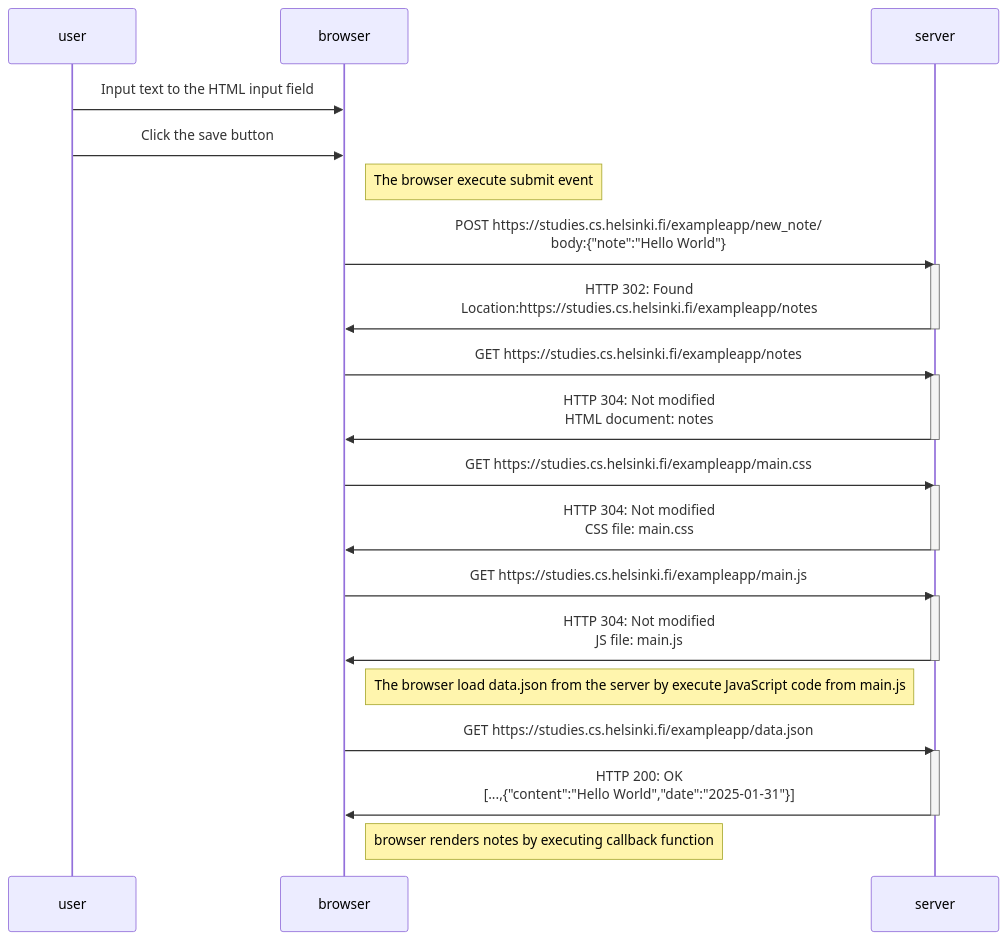
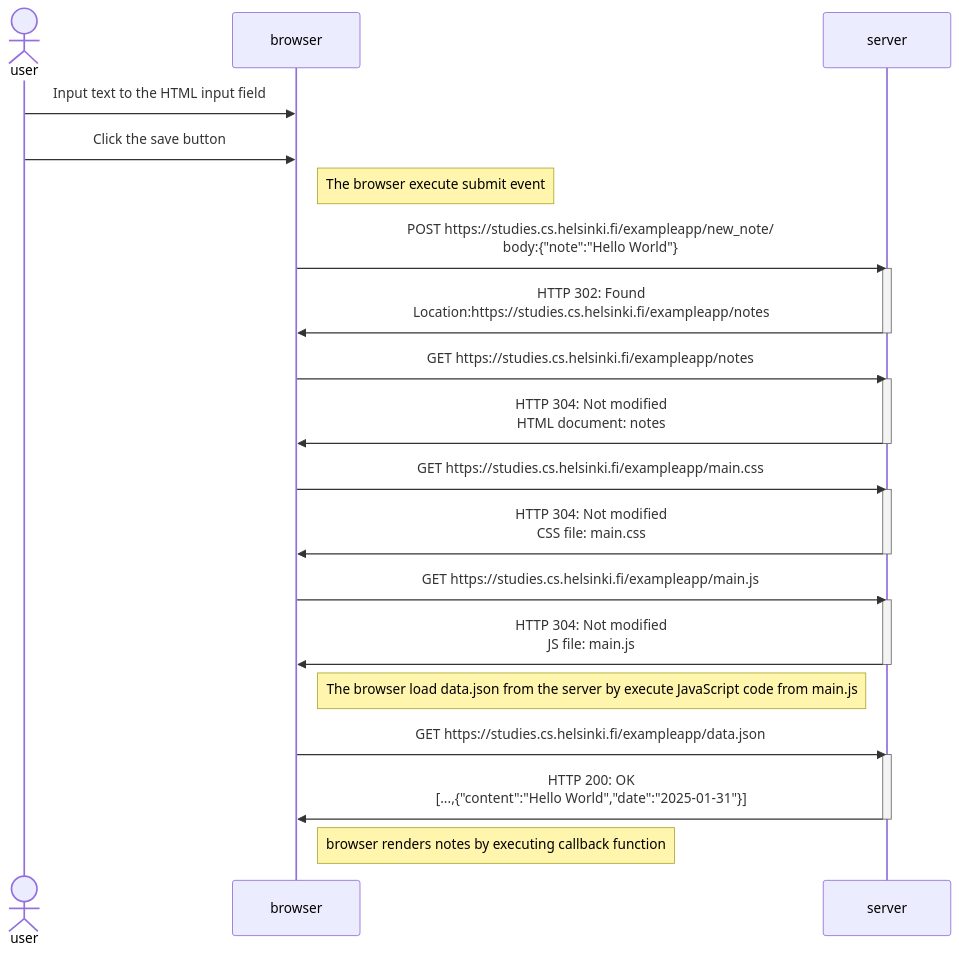
One commit to jkaart/FullStackOpen changed the first of 3 diagrams in sequenceDiagram.md. Above: the diagram before and after it, drawn with Mermaid. The commit also changed other lines of this file, not shown here.

````diff
--- a/sequenceDiagram.md
+++ b/sequenceDiagram.md
@@ -5,41 +5,41 @@
 ```mermaid
 sequenceDiagram
-  participant user
+  actor user
   participant browser
   participant server
 
   user->>browser: Input text to the HTML input field
   
   user->>browser: Click the save button
   Note right of browser: The browser execute submit event
 
   browser->>server: POST https://studies.cs.helsinki.fi/exampleapp/new_note/ <br> body:{"note":"Hello World"}
   activate server
   server->>browser: HTTP 302: Found <br> Location:https://studies.cs.helsinki.fi/exampleapp/notes
   deactivate server
 
   browser->>server: GET https://studies.cs.helsinki.fi/exampleapp/notes
   activate server
   server->>browser: HTTP 304: Not modified <br> HTML document: notes
   deactivate server
 
   browser->>server: GET https://studies.cs.helsinki.fi/exampleapp/main.css
   activate server
   server->>browser: HTTP 304: Not modified <br> CSS file: main.css
   deactivate server
 
   browser->>server: GET https://studies.cs.helsinki.fi/exampleapp/main.js
   activate server
   server->>browser: HTTP 304: Not modified <br> JS file: main.js
   deactivate server
 
   Note right of browser: The browser load data.json from the server by execute JavaScript code from main.js
 
   browser->>server: GET https://studies.cs.helsinki.fi/exampleapp/data.json
   activate server
   server->>browser: HTTP 200: OK <br> [...,{"content":"Hello World","date":"2025-01-31"}]
   deactivate server
 
   Note right of browser: browser renders notes by executing callback function
 
 ```
````
